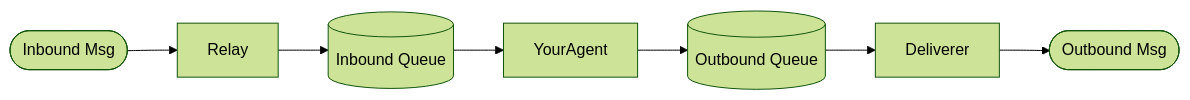
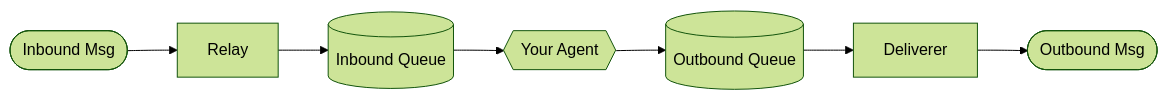
Before and after one commit to bcgov/aries-acapy-plugin-redis-events: the second of 2 diagrams in demo/README.md, drawn with Mermaid (forest theme). The commit also changed other lines of this file and 1 other file, not shown here.

````diff
--- a/demo/README.md
+++ b/demo/README.md
@@ -96,9 +96,9 @@
 ```mermaid
   flowchart LR;
       InboundMsg([Inbound Msg])-->Relay;
       Relay-->InboundQueue[(Inbound Queue)];
-      InboundQueue-->YourAgent;
+      InboundQueue-->YourAgent{{Your Agent}};
       YourAgent-->OutboundQueue[(Outbound Queue)];
       OutboundQueue-->Deliverer;
       Deliverer-->OutboundMsg([Outbound Msg]);
 ```
````
